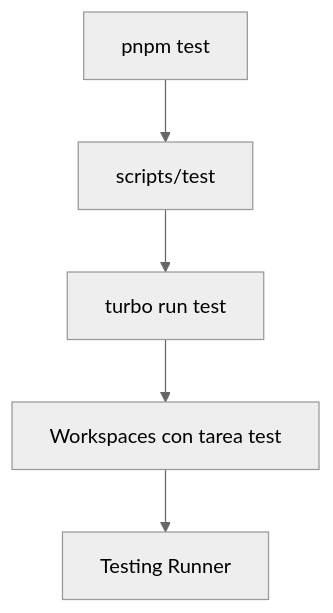
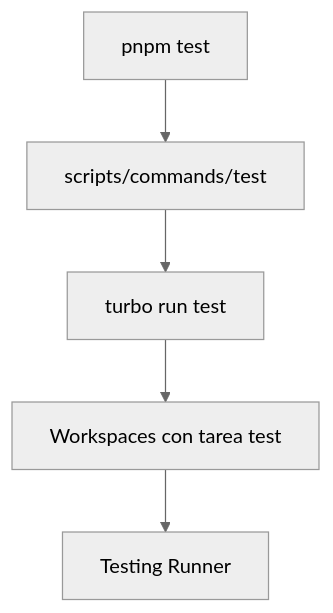
The sixth of 16 diagrams in docs/developer/EE-IMP-006-P07_Root_Script_Suite_Automation.md (EQ-LABS-TECH/ee-monorepo), drawn with Mermaid (neutral theme) before and after one commit. The commit also changed other lines of this file and 14 other files, not shown here.

````diff
--- a/docs/developer/EE-IMP-006-P07_Root_Script_Suite_Automation.md
+++ b/docs/developer/EE-IMP-006-P07_Root_Script_Suite_Automation.md
@@ -318,7 +309,7 @@
 ```mermaid
 flowchart TD
-    A["pnpm test"] --> B["scripts/test"]
-    B --> C["turbo run test"]
-    C --> D["Workspaces con tarea test"]
-    D --> E["Testing Runner"]
+ A["pnpm test"] --> B["scripts/commands/test"]
+ B --> C["turbo run test"]
+ C --> D["Workspaces con tarea test"]
+ D --> E["Testing Runner"]
 ```
````
